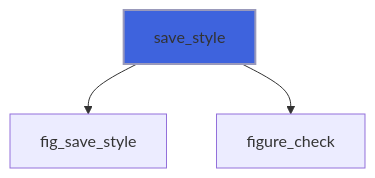
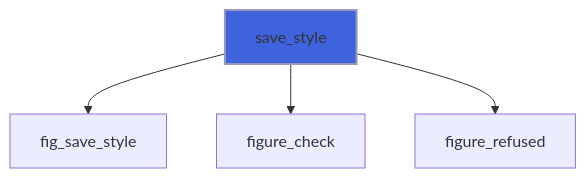
One commit to szaghi/figure changed diagram 14 of 41 in docs/api/src/lib/figure_app.md. Above: the diagram before and after it, drawn with Mermaid. The commit also changed other lines of this file and 10 other files, not shown here.

````diff
--- a/docs/api/src/lib/figure_app.md
+++ b/docs/api/src/lib/figure_app.md
@@ -566,6 +604,7 @@
 ```mermaid
 flowchart TD
   save_style["save_style"] --> fig_save_style["fig_save_style"]
   save_style["save_style"] --> figure_check["figure_check"]
+  save_style["save_style"] --> figure_refused["figure_refused"]
   style save_style fill:#3e63dd,stroke:#99b,stroke-width:2px
 ```
````
